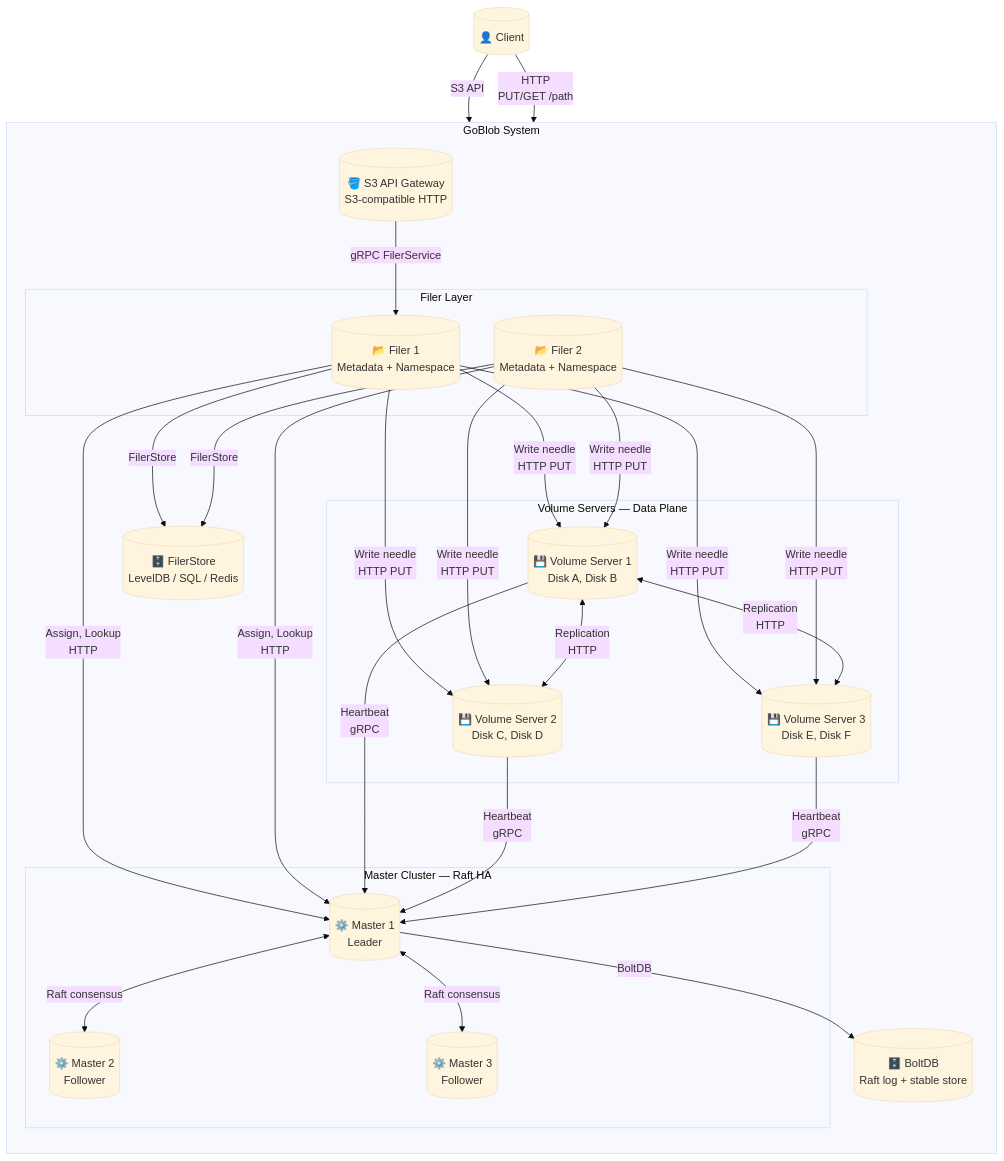
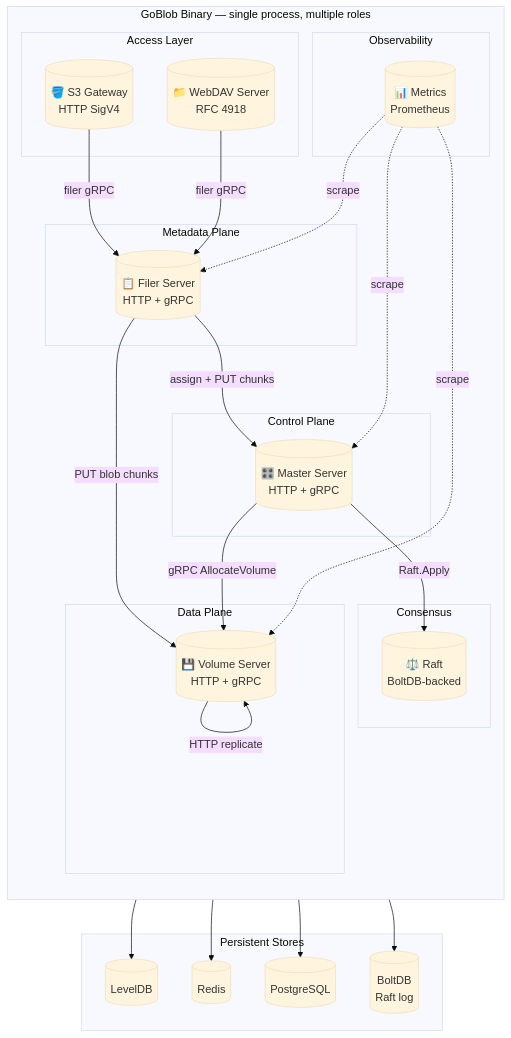
One commit to Khanh-21522203/GoBlob changed the second of 15 diagrams in design/diagrams.md. Above: the diagram before and after it, drawn with Mermaid (base theme). The commit also changed other lines of this file, not shown here.

Commit message:
dia: diagram knowledge

````diff
--- a/design/diagrams.md
+++ b/design/diagrams.md
@@ -24,43 +36,50 @@
 ```mermaid
 flowchart TB
-    subgraph boundary[GoBlob System]
+    subgraph goBlob[GoBlob Binary — single process, multiple roles]
         direction TB
 
-        subgraph masters[Master Cluster — Raft HA]
-            M1[("⚙️ Master 1\nLeader")]
-            M2[("⚙️ Master 2\nFollower")]
-            M3[("⚙️ Master 3\nFollower")]
-            M1 <-->|Raft consensus| M2
-            M1 <-->|Raft consensus| M3
+        subgraph access[Access Layer]
+            S3[("🪣 S3 Gateway\nHTTP SigV4")]
+            WD[("📁 WebDAV Server\nRFC 4918")]
         end
 
-        subgraph filers[Filer Layer]
-            F1[("📂 Filer 1\nMetadata + Namespace")]
-            F2[("📂 Filer 2\nMetadata + Namespace")]
+        subgraph meta[Metadata Plane]
+            FL[("📋 Filer Server\nHTTP + gRPC")]
         end
 
-        subgraph volumes[Volume Servers — Data Plane]
-            V1[("💾 Volume Server 1\nDisk A, Disk B")]
-            V2[("💾 Volume Server 2\nDisk C, Disk D")]
-            V3[("💾 Volume Server 3\nDisk E, Disk F")]
+        subgraph ctrl[Control Plane]
+            MS[("🎛️ Master Server\nHTTP + gRPC")]
         end
 
-        S3[("🪣 S3 API Gateway\nS3-compatible HTTP")]
-        BOLTDB[("🗄️ BoltDB\nRaft log + stable store")]
-        FSTORE[("🗄️ FilerStore\nLevelDB / SQL / Redis")]
+        subgraph data[Data Plane]
+            VS[("💾 Volume Server\nHTTP + gRPC")]
+        end
+
+        subgraph consensus[Consensus]
+            RT[("⚖️ Raft\nBoltDB-backed")]
+        end
+
+        subgraph obs[Observability]
+            OB[("📊 Metrics\nPrometheus")]
+        end
     end
 
-    CLIENT[("👤 Client")]
-    CLIENT -->|"S3 API"| S3
-    CLIENT -->|"HTTP\nPUT/GET /path"| F1
-    S3 -->|"gRPC FilerService"| F1
-    F1 & F2 -->|"Assign, Lookup\nHTTP"| M1
-    F1 & F2 -->|"Write needle\nHTTP PUT"| V1 & V2 & V3
-    M1 -->|"BoltDB"| BOLTDB
-    F1 & F2 -->|"FilerStore"| FSTORE
-    V1 -->|"Heartbeat\ngRPC"| M1
-    V2 -->|"Heartbeat\ngRPC"| M1
-    V3 -->|"Heartbeat\ngRPC"| M1
-    V1 <-->|"Replication\nHTTP"| V2
-    V1 <-->|"Replication\nHTTP"| V3
+    S3 -->|"filer gRPC"| FL
+    WD -->|"filer gRPC"| FL
+    FL -->|"assign + PUT chunks"| MS
+    FL -->|"PUT blob chunks"| VS
+    MS -->|"Raft.Apply"| RT
+    MS -->|"gRPC AllocateVolume"| VS
+    VS -->|"HTTP replicate"| VS
+
+    subgraph stores[Persistent Stores]
+        LDB[("LevelDB")]
+        RDS[("Redis")]
+        PG[("PostgreSQL")]
+        BOLT[("BoltDB\nRaft log")]
+    end
+
+    FL --> LDB & RDS & PG
+    RT --> BOLT
+    OB -.->|"scrape"| MS & VS & FL
 ```
````
